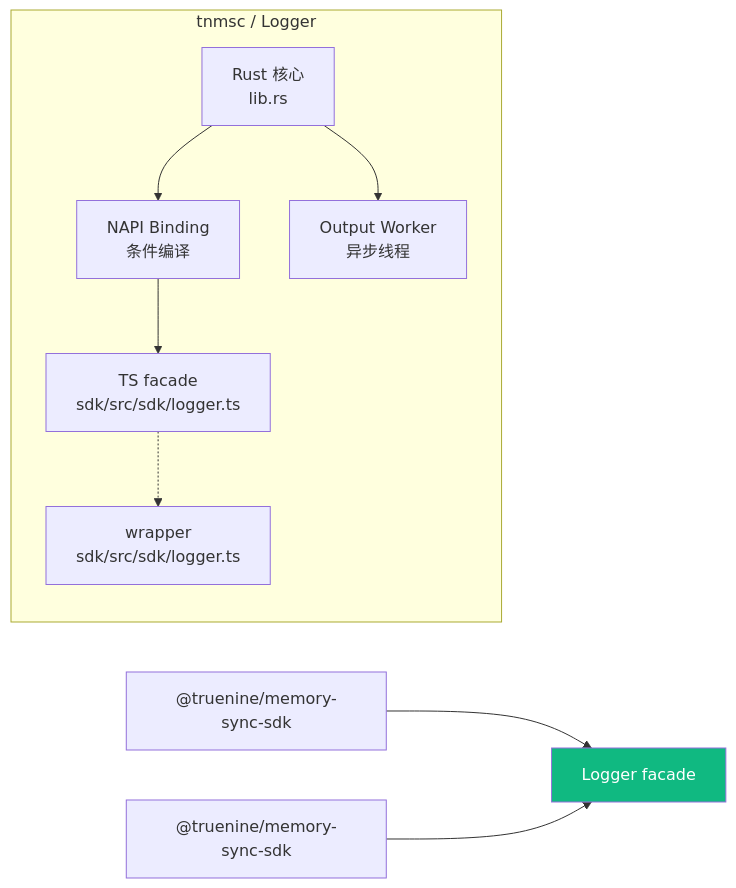
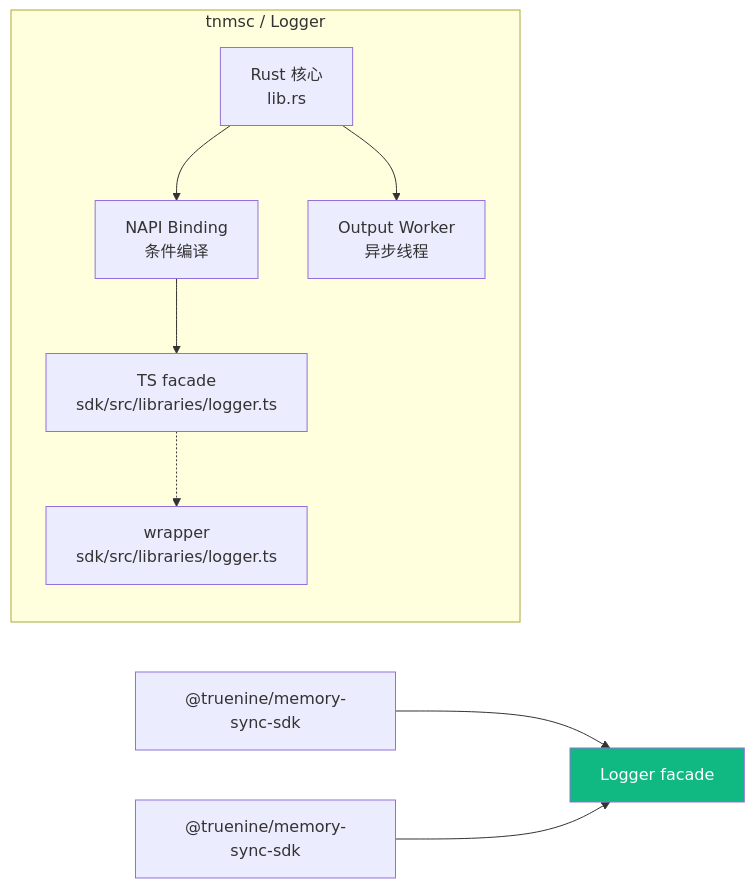
Before and after one commit to TrueNine/memory-sync: the second of 6 diagrams in doc/content/sdk/architecture.mdx, drawn with Mermaid. The commit also changed other lines of this file and 6 other files, not shown here.

````diff
--- a/doc/content/sdk/architecture.mdx
+++ b/doc/content/sdk/architecture.mdx
@@ -118,20 +118,20 @@
 ```mermaid
 graph LR
     SDK["@truenine/memory-sync-sdk"] --> LOGGER["Logger facade"]
     MDC["@truenine/memory-sync-sdk"] --> LOGGER
 
     subgraph Logger["tnmsc / Logger"]
         L_CORE["Rust 核心<br/>lib.rs"]
         L_NAPI["NAPI Binding<br/>条件编译"]
-        L_TS["TS facade<br/>sdk/src/sdk/logger.ts"]
-        L_WRAPPER["wrapper<br/>sdk/src/sdk/logger.ts"]
+        L_TS["TS facade<br/>sdk/src/libraries/logger.ts"]
+        L_WRAPPER["wrapper<br/>sdk/src/libraries/logger.ts"]
         L_WORKER["Output Worker<br/>异步线程"]
     end
 
     L_CORE --> L_NAPI
     L_NAPI --> L_TS
     L_TS -.-> L_WRAPPER
     L_CORE --> L_WORKER
 
     style LOGGER fill:#10b981,color:#fff
 ```
````
